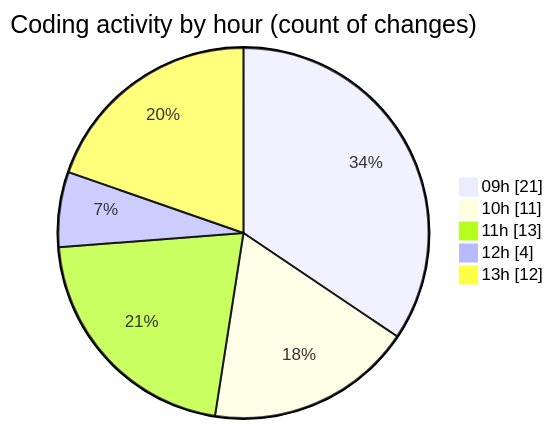
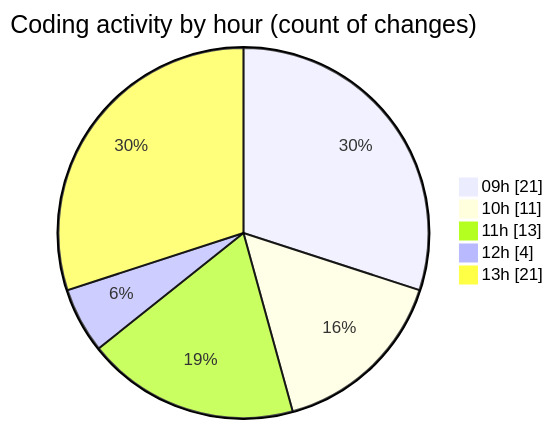
The second of 2 diagrams in 2026-06-01/cda/README.md (momahboobian/code-tracking), drawn with Mermaid before and after one commit. The commit also changed other lines of this file and 1 other file, not shown here.

````diff
--- a/2026-06-01/cda/README.md
+++ b/2026-06-01/cda/README.md
@@ -61,9 +61,9 @@
 ```mermaid
 pie showData
 title Coding activity by hour (count of changes)
 "09h" : 21
 "10h" : 11
 "11h" : 13
 "12h" : 4
-"13h" : 12
+"13h" : 21
 ```
````
